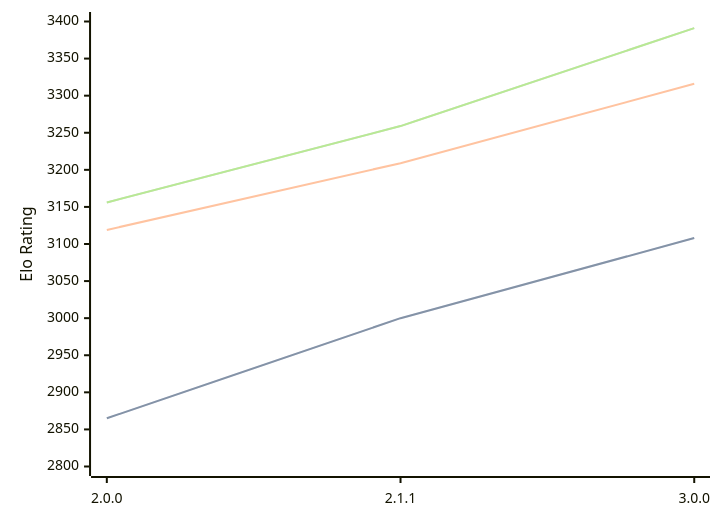
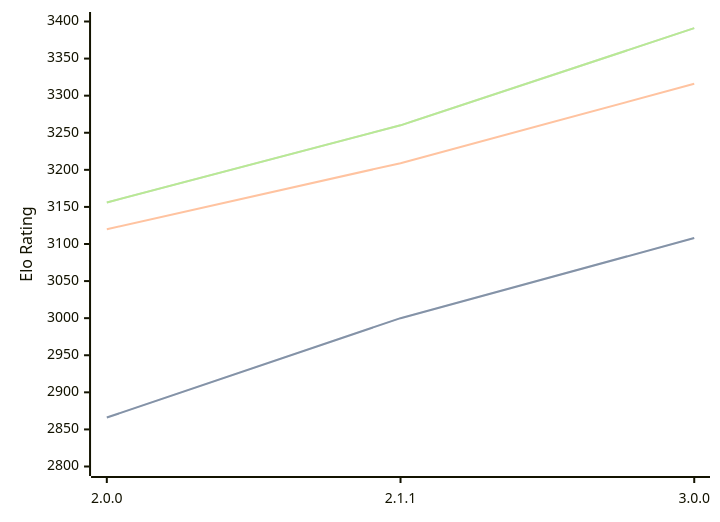
The diagram in engines/Bread.md (computer-chess-index/cci), drawn with Mermaid before and after one commit. The commit also changed other lines of this file, not shown here.

Commit message:
Update CCI Ratings (ELO VLTC) - 2026-09-16

````diff
--- a/engines/Bread.md
+++ b/engines/Bread.md
@@ -36,11 +36,11 @@
 ```mermaid
 %%{init: {"theme":"base","themeVariables":{"seriesColors:['#a3a3a3','#222221','#faa371']}}}%%
 xychart-beta
   x-axis ["2.0.0", "2.1.1", "3.0.0"]
   y-axis "Elo Rating" 2800 --> 3400
-  line "" [2865, 3000, 3108]
-  line "STC (8.0+0.08s)" [2865, 3000, 3108]
-  line "LTC (60.0+0.60s)" [3119, 3209, 3316]
-  line "" [3156, 3259, 3391]
-  line "VLTC (2m24s+1.12s)" [3156, 3259, 3391]
+  line "" [2866, 3000, 3108]
+  line "STC (8.0+0.08s)" [2866, 3000, 3108]
+  line "LTC (60.0+0.60s)" [3120, 3209, 3316]
+  line "" [3156, 3260, 3391]
+  line "VLTC (2m24s+1.12s)" [3156, 3260, 3391]
 ```
````
